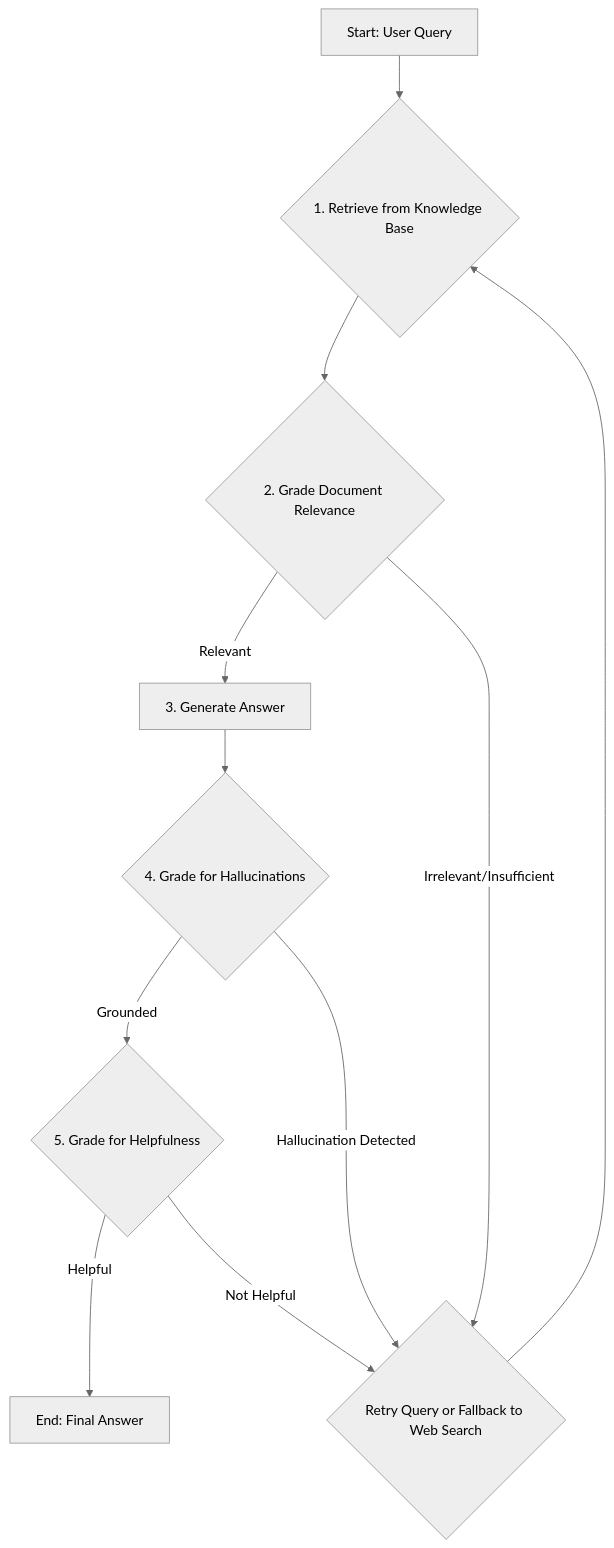
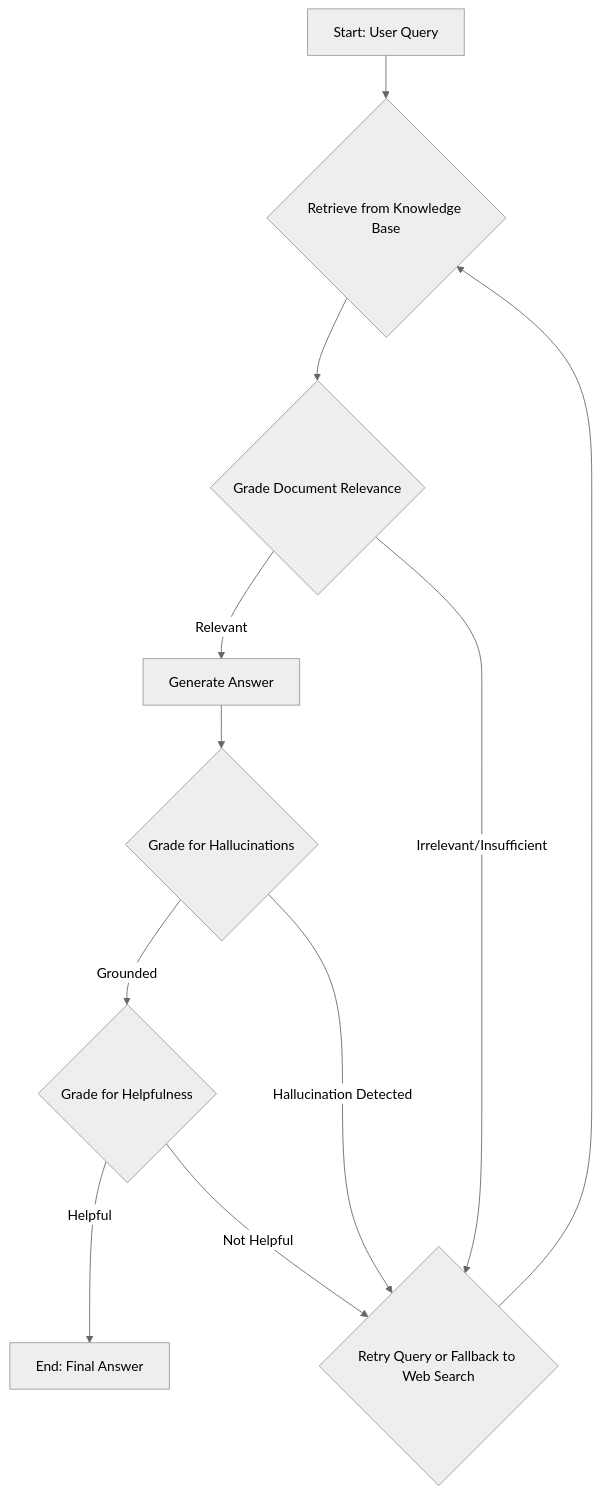
The first of 2 diagrams in marketing_research_swarm/project_swarm_intelligence_presentation.md (jianfjin/crewai_demo), drawn with Mermaid (neutral theme) before and after one commit. The commit also changed other lines of this file, not shown here.

````diff
--- a/marketing_research_swarm/project_swarm_intelligence_presentation.md
+++ b/marketing_research_swarm/project_swarm_intelligence_presentation.md
@@ -105,13 +105,13 @@
 ```mermaid
 graph TD
-    A[Start: User Query] --> B{1. Retrieve from Knowledge Base};
-    B --> C{2. Grade Document Relevance};
-    C -- Relevant --> E[3. Generate Answer];
+    A[Start: User Query] --> B{Retrieve from Knowledge Base};
+    B --> C{Grade Document Relevance};
+    C -- Relevant --> E[Generate Answer];
     C -- Irrelevant/Insufficient --> D{Retry Query or Fallback to Web Search};
     D --> B;
-    E --> F{4. Grade for Hallucinations};
-    F -- Grounded --> G{5. Grade for Helpfulness};
+    E --> F{Grade for Hallucinations};
+    F -- Grounded --> G{Grade for Helpfulness};
     F -- Hallucination Detected --> D;
     G -- Helpful --> H[End: Final Answer];
     G -- Not Helpful --> D;
 ```
````
